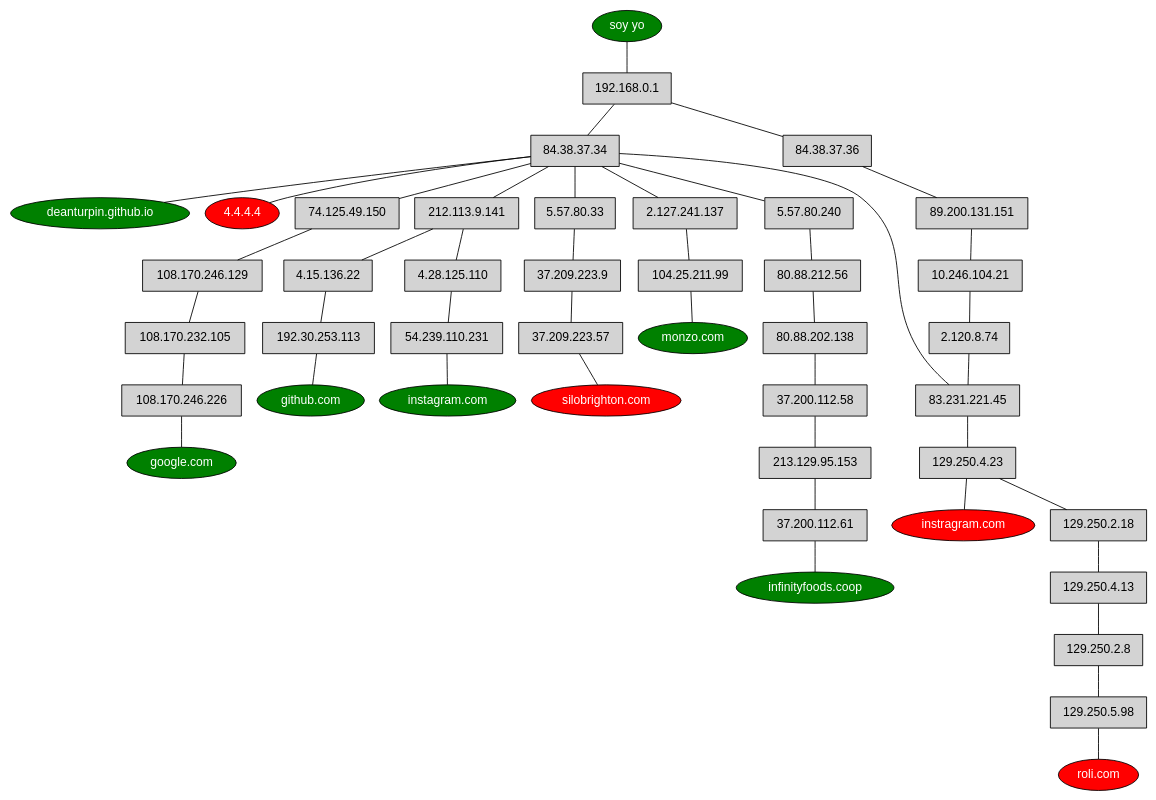
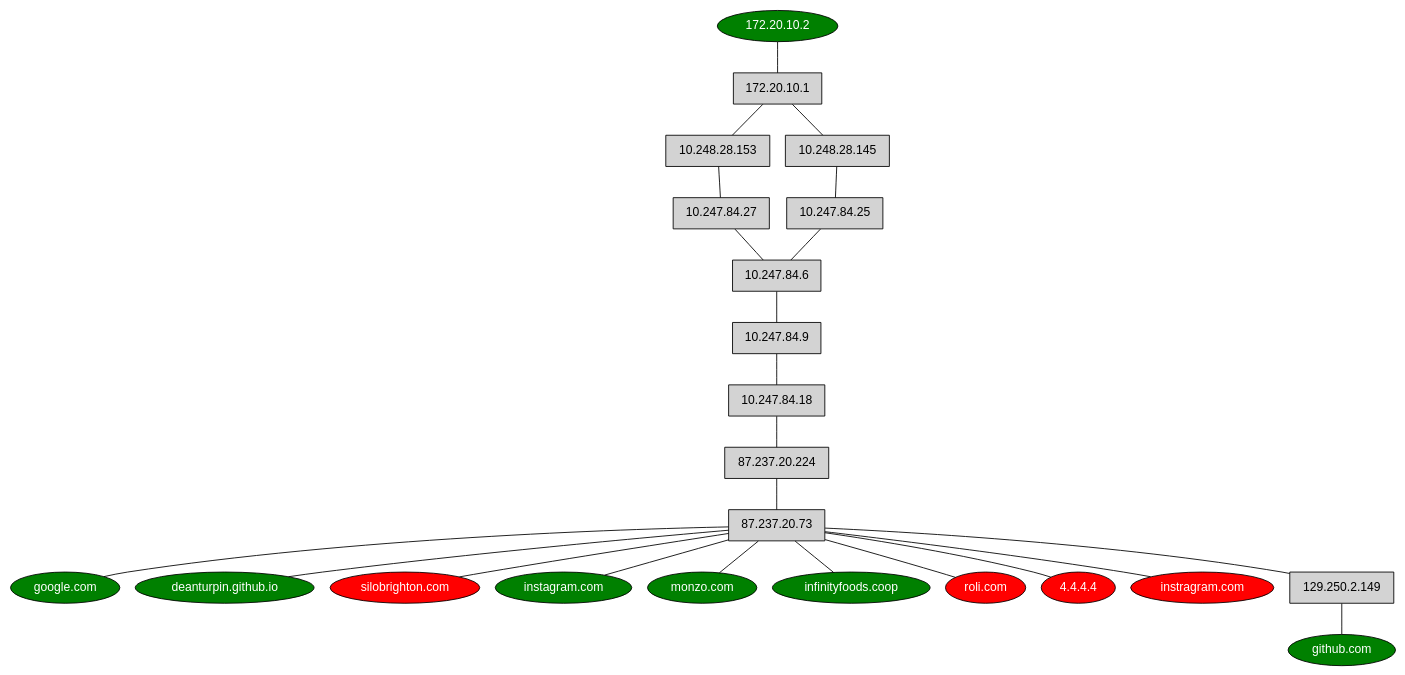
One commit to deanturpin/hosts2dot changed the diagram in example.dot. Above: the diagram before and after it, drawn with Graphviz. The commit also changed 2 other files, not shown here.

Commit message:
Label to level with own IP - closes #5

```diff
--- a/example.dot
+++ b/example.dot
@@ -1,26 +1,26 @@
 strict graph {
 
   node [shape=rectangle style=filled fontname=helvetica]
-  "soy yo" [fillcolor=green shape=oval fontcolor=white]
+  "soy yo" [label="172.20.10.2 " fillcolor=green shape=oval fontcolor=white]
 
   "google.com" [fillcolor=green shape=oval fontcolor=white]
   "deanturpin.github.io" [fillcolor=green shape=oval fontcolor=white]
   "github.com" [fillcolor=green shape=oval fontcolor=white]
   "silobrighton.com" [fillcolor=red shape=oval fontcolor=white]
   "instagram.com" [fillcolor=green shape=oval fontcolor=white]
   "monzo.com" [fillcolor=green shape=oval fontcolor=white]
   "infinityfoods.coop" [fillcolor=green shape=oval fontcolor=white]
   "roli.com" [fillcolor=red shape=oval fontcolor=white]
   "4.4.4.4" [fillcolor=red shape=oval fontcolor=white]
   "instragram.com" [fillcolor=red shape=oval fontcolor=white]
-  "soy yo"--"192.168.0.1"--"84.38.37.34"--"74.125.49.150"--"108.170.246.129"--"108.170.232.105"--"108.170.246.226"--"google.com"
-  "soy yo"--"192.168.0.1"--"84.38.37.34"--"deanturpin.github.io"
-  "soy yo"--"192.168.0.1"--"84.38.37.34"--"212.113.9.141"--"4.15.136.22"--"192.30.253.113"--"github.com"
-  "soy yo"--"192.168.0.1"--"84.38.37.34"--"5.57.80.33"--"37.209.223.9"--"37.209.223.57"--"silobrighton.com"
-  "soy yo"--"192.168.0.1"--"84.38.37.34"--"212.113.9.141"--"4.28.125.110"--"54.239.110.231"--"instagram.com"
-  "soy yo"--"192.168.0.1"--"84.38.37.34"--"2.127.241.137"--"104.25.211.99"--"monzo.com"
-  "soy yo"--"192.168.0.1"--"84.38.37.34"--"5.57.80.240"--"80.88.212.56"--"80.88.202.138"--"37.200.112.58"--"213.129.95.153"--"37.200.112.61"--"infinityfoods.coop"
-  "soy yo"--"192.168.0.1"--"84.38.37.34"--"83.231.221.45"--"129.250.4.23"--"129.250.2.18"--"129.250.4.13"--"129.250.2.8"--"129.250.5.98"--"roli.com"
-  "soy yo"--"192.168.0.1"--"84.38.37.34"--"4.4.4.4"
-  "soy yo"--"192.168.0.1"--"84.38.37.36"--"89.200.131.151"--"10.246.104.21"--"2.120.8.74"--"83.231.221.45"--"129.250.4.23"--"instragram.com"
+  "soy yo"--"172.20.10.1"--"10.248.28.153"--"10.247.84.27"--"10.247.84.6"--"10.247.84.9"--"10.247.84.18"--"87.237.20.224"--"87.237.20.73"--"google.com"
+  "soy yo"--"172.20.10.1"--"10.248.28.145"--"10.247.84.25"--"10.247.84.6"--"10.247.84.9"--"10.247.84.18"--"87.237.20.224"--"87.237.20.73"--"deanturpin.github.io"
+  "soy yo"--"172.20.10.1"--"10.248.28.153"--"10.247.84.27"--"10.247.84.6"--"10.247.84.9"--"10.247.84.18"--"87.237.20.224"--"87.237.20.73"--"129.250.2.149"--"github.com"
+  "soy yo"--"172.20.10.1"--"10.248.28.153"--"10.247.84.27"--"10.247.84.6"--"10.247.84.9"--"10.247.84.18"--"87.237.20.224"--"87.237.20.73"--"silobrighton.com"
+  "soy yo"--"172.20.10.1"--"10.248.28.153"--"10.247.84.27"--"10.247.84.6"--"10.247.84.9"--"10.247.84.18"--"87.237.20.224"--"87.237.20.73"--"instagram.com"
+  "soy yo"--"172.20.10.1"--"10.248.28.153"--"10.247.84.27"--"10.247.84.6"--"10.247.84.9"--"10.247.84.18"--"87.237.20.224"--"87.237.20.73"--"monzo.com"
+  "soy yo"--"172.20.10.1"--"10.248.28.153"--"10.247.84.27"--"10.247.84.6"--"10.247.84.9"--"10.247.84.18"--"87.237.20.224"--"87.237.20.73"--"infinityfoods.coop"
+  "soy yo"--"172.20.10.1"--"10.248.28.153"--"10.247.84.27"--"10.247.84.6"--"10.247.84.9"--"10.247.84.18"--"87.237.20.224"--"87.237.20.73"--"roli.com"
+  "soy yo"--"172.20.10.1"--"10.248.28.153"--"10.247.84.27"--"10.247.84.6"--"10.247.84.9"--"10.247.84.18"--"87.237.20.224"--"87.237.20.73"--"4.4.4.4"
+  "soy yo"--"172.20.10.1"--"10.248.28.145"--"10.247.84.25"--"10.247.84.6"--"10.247.84.9"--"10.247.84.18"--"87.237.20.224"--"87.237.20.73"--"instragram.com"
 }
```
